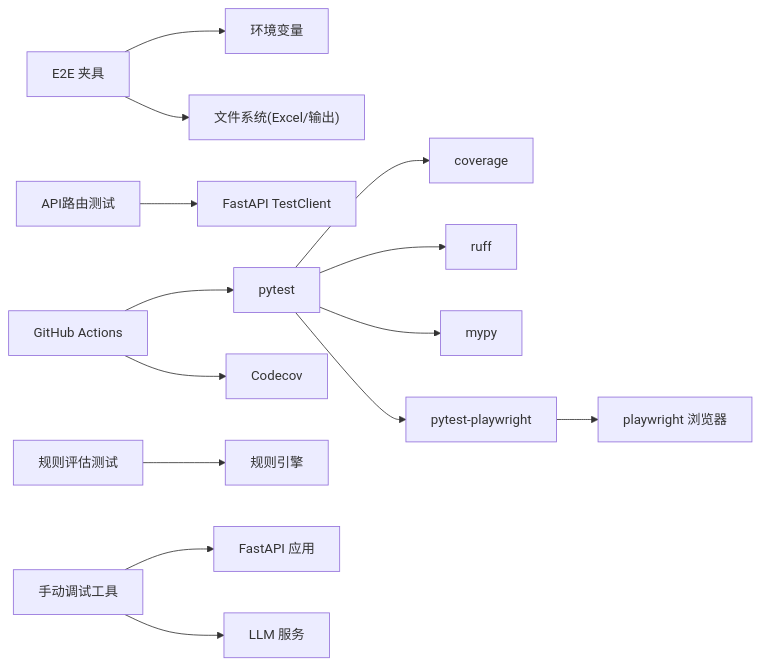
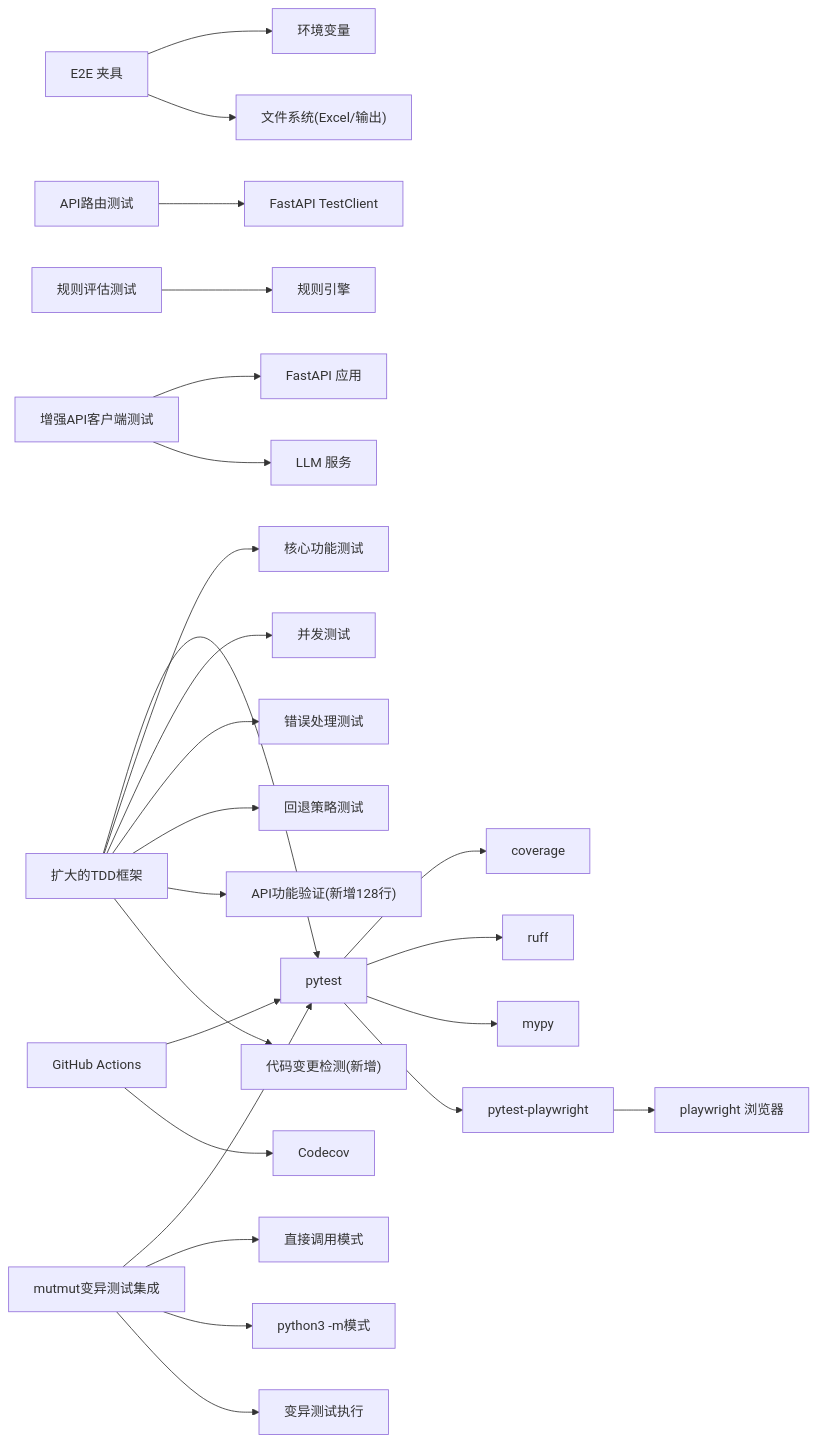
One commit to boyingliu01/fault-review-analyzer changed the fifth of 5 diagrams in .qoder/repowiki/zh/content/测试策略/测试策略.md. Above: the diagram before and after it, drawn with Mermaid. The commit also changed other lines of this file and 125 other files, not shown here.

````diff
--- a/.qoder/repowiki/zh/content/测试策略/测试策略.md
+++ b/.qoder/repowiki/zh/content/测试策略/测试策略.md
@@ -446,16 +664,27 @@
 ```mermaid
 graph LR
 PYTEST["pytest"] --> COV["coverage"]
 PYTEST --> RUFF["ruff"]
 PYTEST --> MYPY["mypy"]
 PYTEST --> PLW["pytest-playwright"]
 PLW --> PW["playwright 浏览器"]
 E2E["E2E 夹具"] --> ENV["环境变量"]
 E2E --> FS["文件系统(Excel/输出)"]
 AR["API路由测试"] --> FASTAPI["FastAPI TestClient"]
 RE["规则评估测试"] --> RULES["规则引擎"]
-MD["手动调试工具"] --> APP["FastAPI 应用"]
-MD --> LLM["LLM 服务"]
+AC["增强API客户端测试"] --> APP["FastAPI 应用"]
+AC --> LLM["LLM 服务"]
+TDD["扩大的TDD框架"] --> PYTEST
+TDD --> CORE["核心功能测试"]
+TDD --> CONCURRENT["并发测试"]
+TDD --> ERROR["错误处理测试"]
+TDD --> FALLBACK["回退策略测试"]
+TDD --> API["API功能验证(新增128行)"]
+TDD --> CODECHANGE["代码变更检测(新增)"]
+MM["mutmut变异测试集成"] --> PYTEST
+MM --> DIRECT["直接调用模式"]
+MM --> MODULE["python3 -m模式"]
+MM --> VARIANTS["变异测试执行"]
 CI["GitHub Actions"] --> PYTEST
 CI --> CODECOV["Codecov"]
 ```
````
